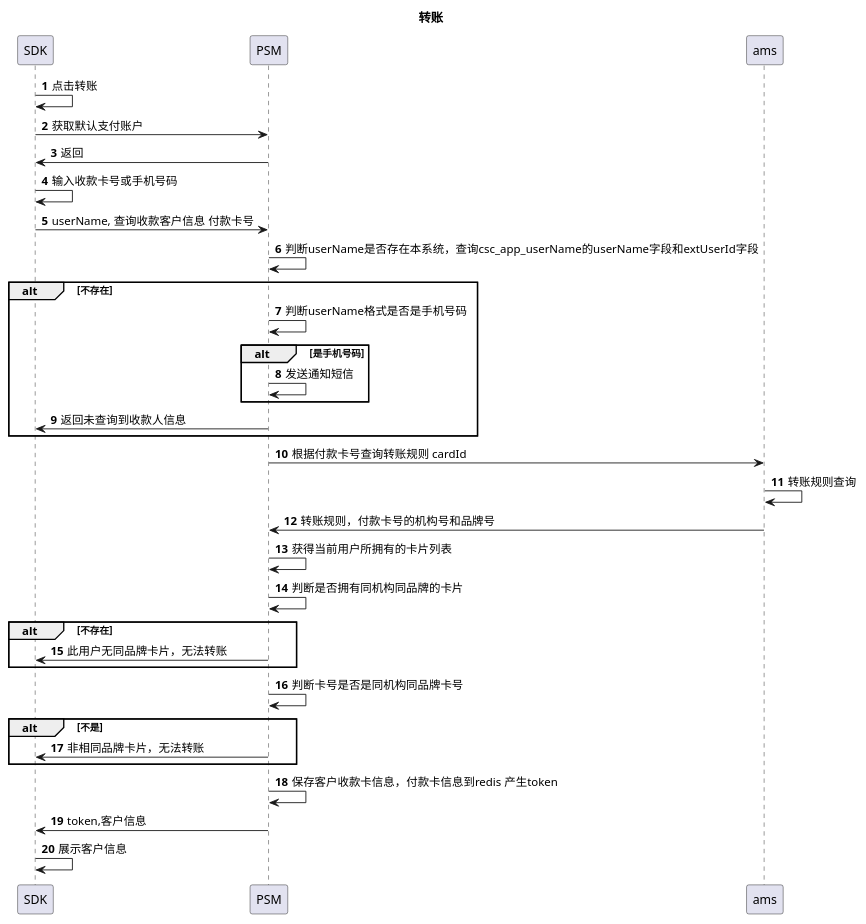
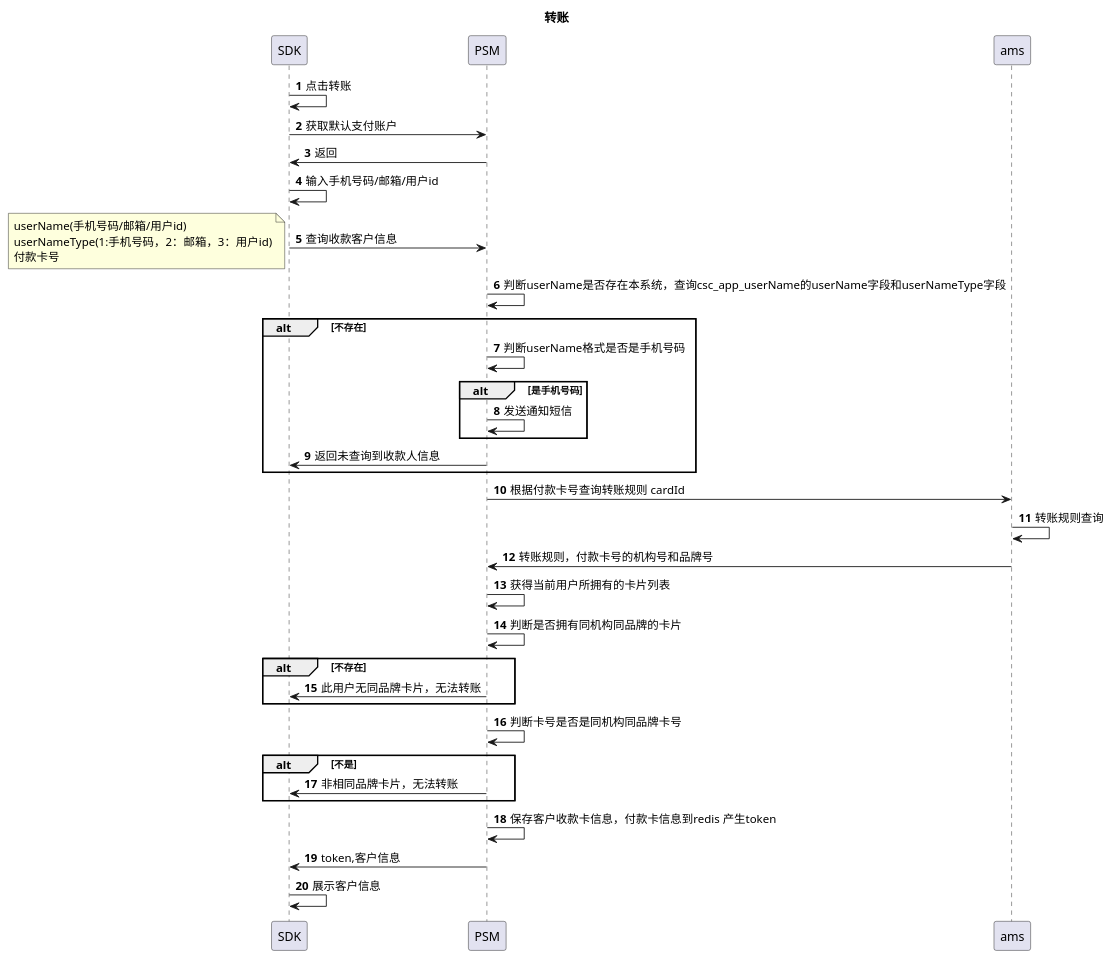
The diagram in doc/wpay/转账.puml (13589080127/zc-test), drawn with PlantUML before and after one commit. The commit also changed 6 other files, not shown here.

```diff
--- a/doc/wpay/转账.puml
+++ b/doc/wpay/转账.puml
@@ -1,32 +1,33 @@
 @startuml
 autonumber
 title:转账
 SDK->SDK:点击转账
 SDK->PSM:获取默认支付账户
 PSM->SDK:返回
-SDK->SDK:输入收款卡号或手机号码
-SDK->PSM: userName, 查询收款客户信息 付款卡号
-PSM->PSM:判断userName是否存在本系统，查询csc_app_userName的userName字段和extUserId字段
+SDK->SDK:输入手机号码/邮箱/用户id
+SDK->PSM: 查询收款客户信息
+note left:userName(手机号码/邮箱/用户id)\nuserNameType(1:手机号码，2：邮箱，3：用户id)\n付款卡号
+PSM->PSM:判断userName是否存在本系统，查询csc_app_userName的userName字段和userNameType字段
 alt 不存在
 PSM->PSM:判断userName格式是否是手机号码
 alt 是手机号码
 PSM->PSM:发送通知短信
 end
 PSM->SDK:返回未查询到收款人信息
 end
 PSM->ams:根据付款卡号查询转账规则 cardId
 ams->ams:转账规则查询
 ams->PSM:转账规则，付款卡号的机构号和品牌号
 PSM->PSM: 获得当前用户所拥有的卡片列表
 PSM->PSM:判断是否拥有同机构同品牌的卡片
 alt 不存在
 PSM->SDK:此用户无同品牌卡片，无法转账
 end
 PSM->PSM:判断卡号是否是同机构同品牌卡号
 alt 不是
 PSM->SDK:非相同品牌卡片，无法转账
 end
 PSM->PSM:保存客户收款卡信息，付款卡信息到redis 产生token
 PSM->SDK:token,客户信息
 SDK->SDK:展示客户信息
 @enduml
```
